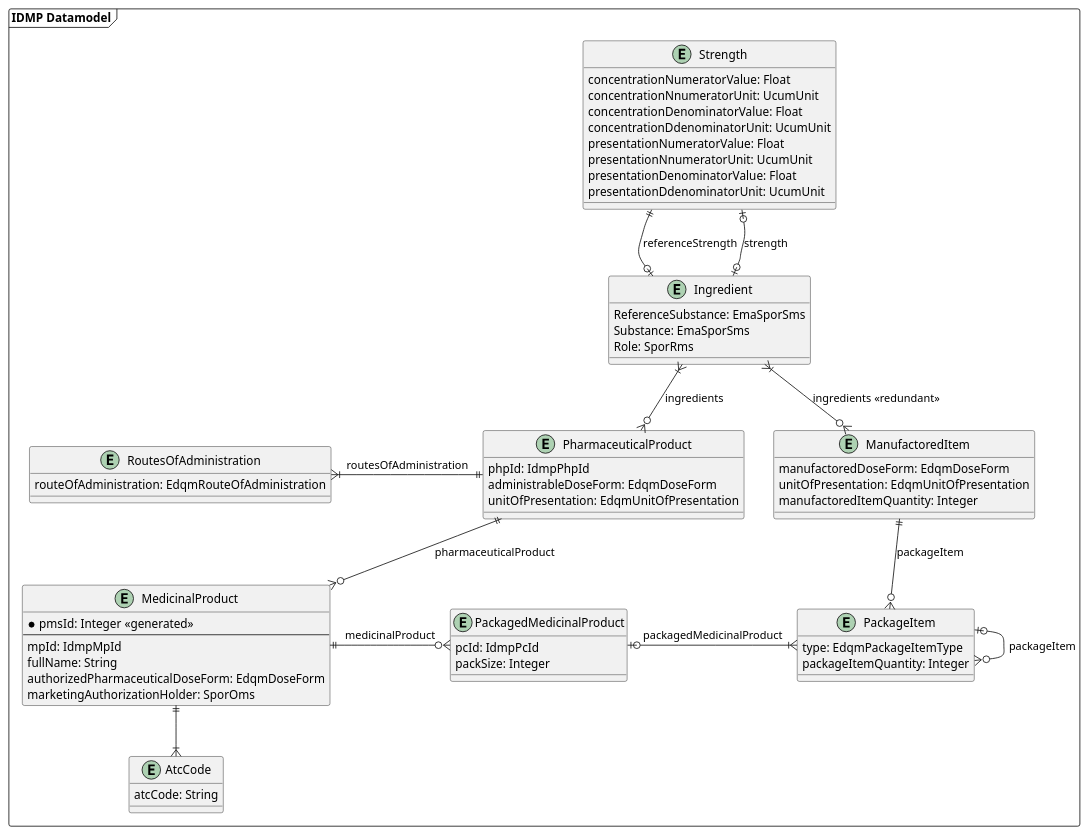
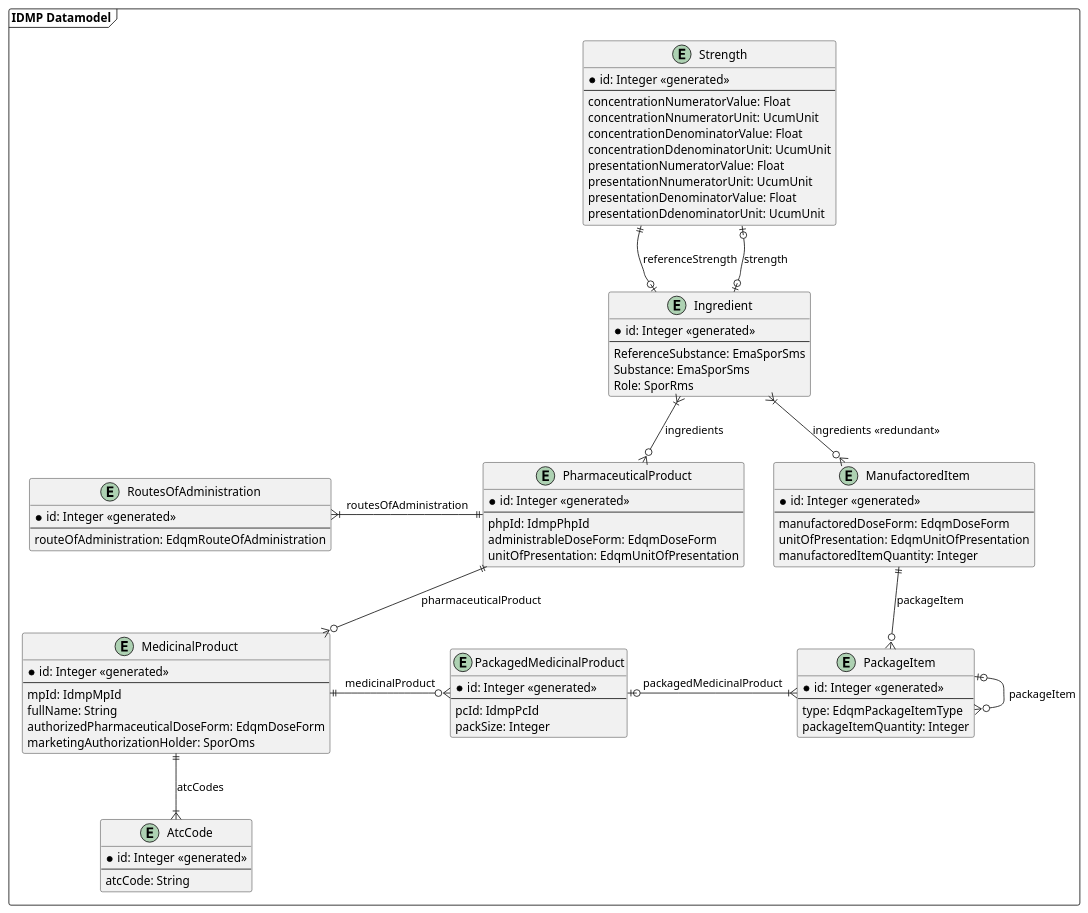
The diagram in uml/class/datamodelRedesigned.puml (unicom-project-eu/wp6-db-api), drawn with PlantUML before and after one commit.

Commit message:
Added ids

```diff
--- a/uml/class/datamodelRedesigned.puml
+++ b/uml/class/datamodelRedesigned.puml
@@ -1,79 +1,95 @@
 @startuml
 'https://plantuml.com/class-diagram
 
 package "IDMP Datamodel" as idmpDatamodel <<frame>> {
     entity Strength {
+        * id: Integer <<generated>>
+        --
         concentrationNumeratorValue: Float
         concentrationNnumeratorUnit: UcumUnit
         concentrationDenominatorValue: Float
         concentrationDdenominatorUnit: UcumUnit
         presentationNumeratorValue: Float
         presentationNnumeratorUnit: UcumUnit
         presentationDenominatorValue: Float
         presentationDdenominatorUnit: UcumUnit
     }
 
     entity Ingredient {
+        * id: Integer <<generated>>
+        --
         ReferenceSubstance: EmaSporSms
         Substance: EmaSporSms
         Role: SporRms
     }
 
     together {
         entity RoutesOfAdministration {
+            * id: Integer <<generated>>
+            --
             routeOfAdministration: EdqmRouteOfAdministration
         }
 
         entity PharmaceuticalProduct {
+            * id: Integer <<generated>>
+            --
             phpId: IdmpPhpId
             administrableDoseForm: EdqmDoseForm
             unitOfPresentation: EdqmUnitOfPresentation
         }
     }
 
     entity MedicinalProduct {
-        * pmsId: Integer <<generated>>
+        * id: Integer <<generated>>
         --
         mpId: IdmpMpId
         fullName: String
         authorizedPharmaceuticalDoseForm: EdqmDoseForm
         marketingAuthorizationHolder: SporOms
     }
 
     entity AtcCode {
+        * id: Integer <<generated>>
+        --
         atcCode: String
     }
 
     entity PackagedMedicinalProduct {
+        * id: Integer <<generated>>
+        --
         pcId: IdmpPcId
         packSize: Integer
     }
 
     entity PackageItem {
+        * id: Integer <<generated>>
+        --
         type: EdqmPackageItemType
         packageItemQuantity: Integer
     }
 
     entity ManufactoredItem {
+        * id: Integer <<generated>>
+        --
         manufactoredDoseForm: EdqmDoseForm
         unitOfPresentation: EdqmUnitOfPresentation
         manufactoredItemQuantity: Integer
     }
 
-    MedicinalProduct ||--|{ AtcCode
+    MedicinalProduct ||--|{ AtcCode : "atcCodes"
 
     Strength ||--o| Ingredient : "referenceStrength"
     Strength |o--o| Ingredient : "strength"
 
     Ingredient }|-o{ ManufactoredItem : "ingredients <<redundant>>"
     Ingredient }|--o{ PharmaceuticalProduct : "ingredients"
 
     RoutesOfAdministration }|-r-|| PharmaceuticalProduct : "routesOfAdministration"
     PharmaceuticalProduct ||--o{ MedicinalProduct : "pharmaceuticalProduct"
     MedicinalProduct ||-o{ PackagedMedicinalProduct : "medicinalProduct"
     PackagedMedicinalProduct |o-|{ PackageItem : "packagedMedicinalProduct"
     PackageItem |o-o{ PackageItem : "packageItem"
     ManufactoredItem ||--o{ PackageItem : "packageItem"
 }
 
 @enduml
```
